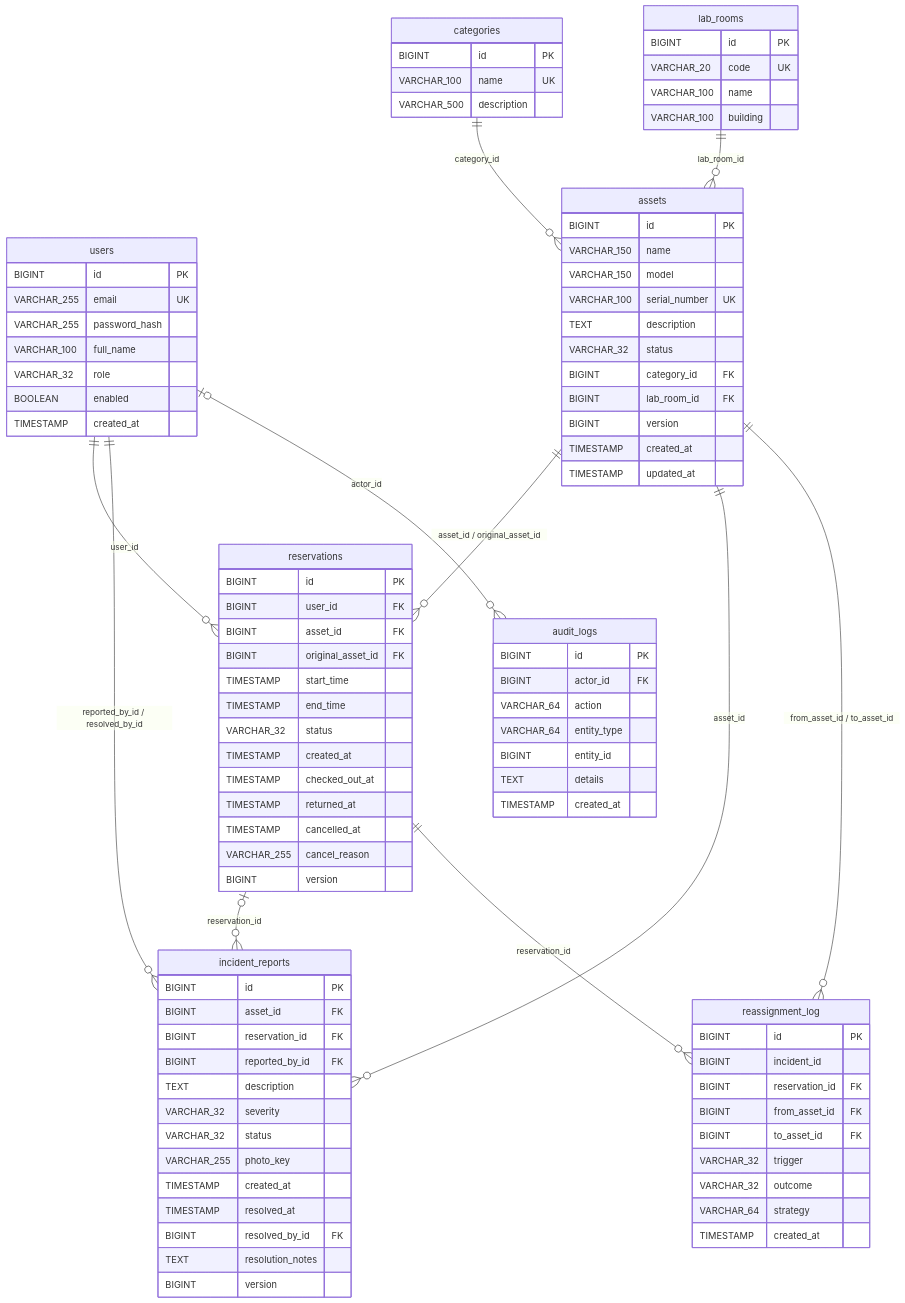
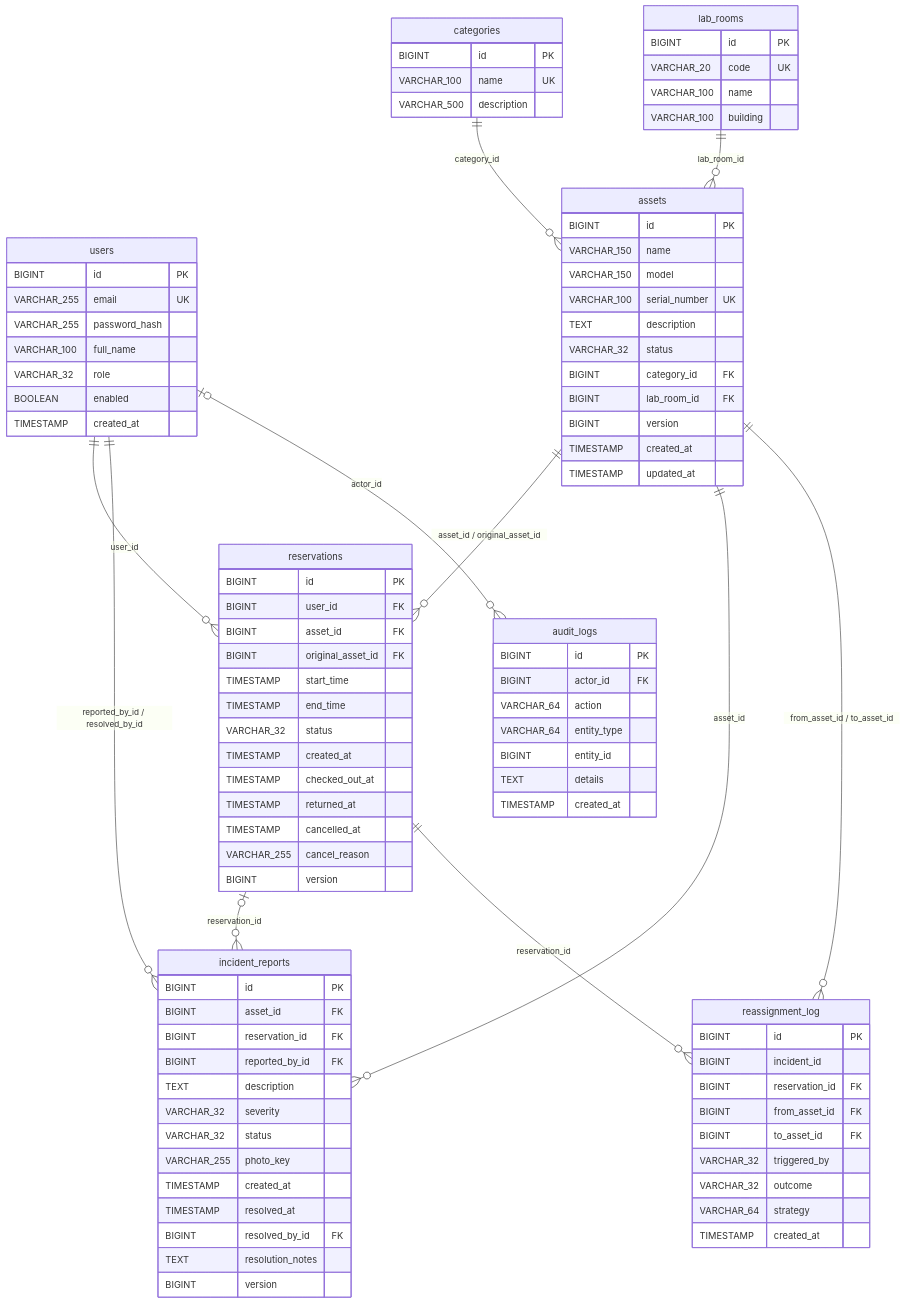
One commit to FundamenteleInginerieiSoftware/campus-hub changed the diagram in docs/diagrams/database-er.mmd. Above: the diagram before and after it, drawn with Mermaid. The commit also changed 8 other files, not shown here.

First line of the commit message:
fix(reassignment): rename trigger column to triggered_by and use generated IDs in AssetRetiredReassignmentIT (#326)

```diff
--- a/docs/diagrams/database-er.mmd
+++ b/docs/diagrams/database-er.mmd
@@ -1,102 +1,102 @@
 erDiagram
     users {
         BIGINT id PK
         VARCHAR_255 email UK
         VARCHAR_255 password_hash
         VARCHAR_100 full_name
         VARCHAR_32 role
         BOOLEAN enabled
         TIMESTAMP created_at
     }
 
     categories {
         BIGINT id PK
         VARCHAR_100 name UK
         VARCHAR_500 description
     }
 
     lab_rooms {
         BIGINT id PK
         VARCHAR_20 code UK
         VARCHAR_100 name
         VARCHAR_100 building
     }
 
     assets {
         BIGINT id PK
         VARCHAR_150 name
         VARCHAR_150 model
         VARCHAR_100 serial_number UK
         TEXT description
         VARCHAR_32 status
         BIGINT category_id FK
         BIGINT lab_room_id FK
         BIGINT version
         TIMESTAMP created_at
         TIMESTAMP updated_at
     }
 
     reservations {
         BIGINT id PK
         BIGINT user_id FK
         BIGINT asset_id FK
         BIGINT original_asset_id FK
         TIMESTAMP start_time
         TIMESTAMP end_time
         VARCHAR_32 status
         TIMESTAMP created_at
         TIMESTAMP checked_out_at
         TIMESTAMP returned_at
         TIMESTAMP cancelled_at
         VARCHAR_255 cancel_reason
         BIGINT version
     }
 
     incident_reports {
         BIGINT id PK
         BIGINT asset_id FK
         BIGINT reservation_id FK
         BIGINT reported_by_id FK
         TEXT description
         VARCHAR_32 severity
         VARCHAR_32 status
         VARCHAR_255 photo_key
         TIMESTAMP created_at
         TIMESTAMP resolved_at
         BIGINT resolved_by_id FK
         TEXT resolution_notes
         BIGINT version
     }
 
     reassignment_log {
         BIGINT id PK
         BIGINT incident_id
         BIGINT reservation_id FK
         BIGINT from_asset_id FK
         BIGINT to_asset_id FK
-        VARCHAR_32 trigger
+        VARCHAR_32 triggered_by
         VARCHAR_32 outcome
         VARCHAR_64 strategy
         TIMESTAMP created_at
     }
 
     audit_logs {
         BIGINT id PK
         BIGINT actor_id FK
         VARCHAR_64 action
         VARCHAR_64 entity_type
         BIGINT entity_id
         TEXT details
         TIMESTAMP created_at
     }
 
     categories ||--o{ assets : "category_id"
     lab_rooms ||--o{ assets : "lab_room_id"
     users ||--o{ reservations : "user_id"
     assets ||--o{ reservations : "asset_id / original_asset_id"
     assets ||--o{ incident_reports : "asset_id"
     reservations |o--o{ incident_reports : "reservation_id"
     users ||--o{ incident_reports : "reported_by_id / resolved_by_id"
     reservations ||--o{ reassignment_log : "reservation_id"
     assets ||--o{ reassignment_log : "from_asset_id / to_asset_id"
     users |o--o{ audit_logs : "actor_id"
```
